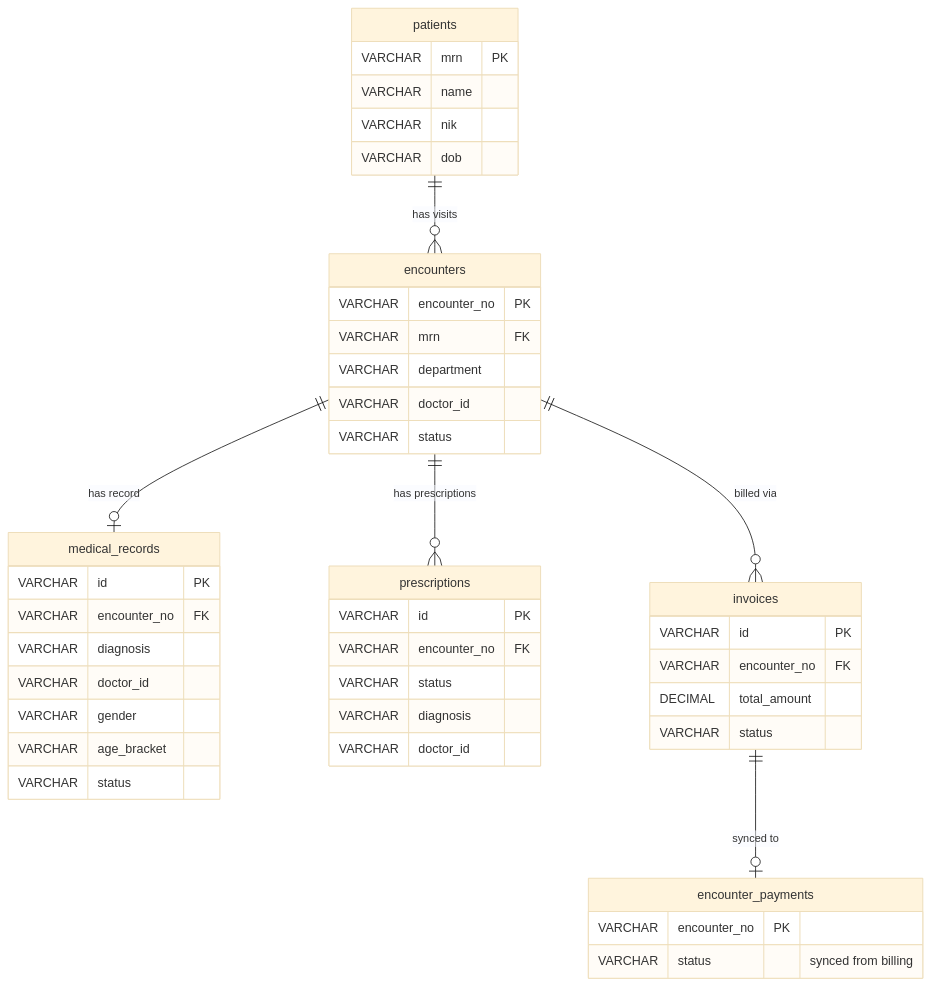
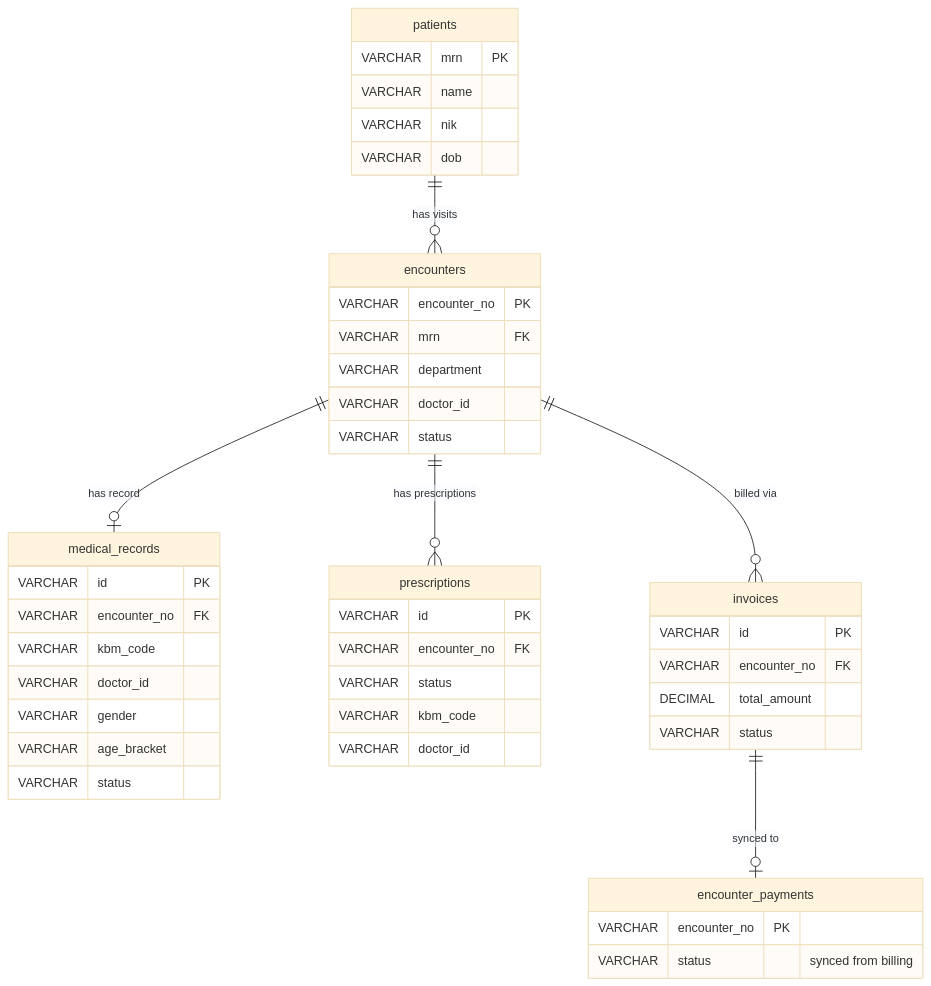
One commit to odealidj/go-micro-simrs-one changed diagram 13 of 18 in docs/be/technical/technical_documentation.md. Above: the diagram before and after it, drawn with Mermaid (base theme). The commit also changed other lines of this file and 25 other files, not shown here.

````diff
--- a/docs/be/technical/technical_documentation.md
+++ b/docs/be/technical/technical_documentation.md
@@ -594,53 +613,53 @@
 ```mermaid
 erDiagram
     patients {
         VARCHAR mrn PK
         VARCHAR name
         VARCHAR nik
         VARCHAR dob
     }
 
     encounters {
         VARCHAR encounter_no PK
         VARCHAR mrn FK
         VARCHAR department
         VARCHAR doctor_id
         VARCHAR status
     }
 
     medical_records {
         VARCHAR id PK
         VARCHAR encounter_no FK
-        VARCHAR diagnosis
+        VARCHAR kbm_code
         VARCHAR doctor_id
         VARCHAR gender
         VARCHAR age_bracket
         VARCHAR status
     }
 
     prescriptions {
         VARCHAR id PK
         VARCHAR encounter_no FK
         VARCHAR status
-        VARCHAR diagnosis
+        VARCHAR kbm_code
         VARCHAR doctor_id
     }
 
     invoices {
         VARCHAR id PK
         VARCHAR encounter_no FK
         DECIMAL total_amount
         VARCHAR status
     }
 
     encounter_payments {
         VARCHAR encounter_no PK
         VARCHAR status "synced from billing"
     }
 
     patients ||--o{ encounters : "has visits"
     encounters ||--o| medical_records : "has record"
     encounters ||--o{ prescriptions : "has prescriptions"
     encounters ||--o{ invoices : "billed via"
     invoices ||--o| encounter_payments : "synced to"
 ```
````
